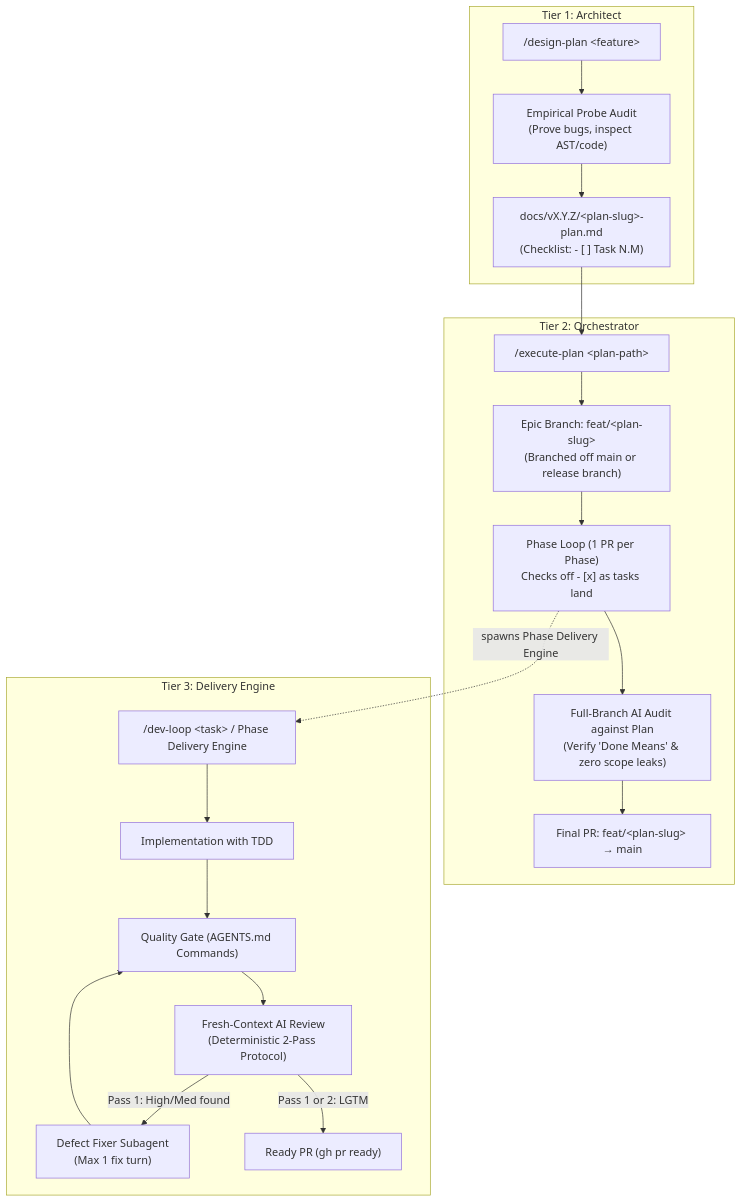
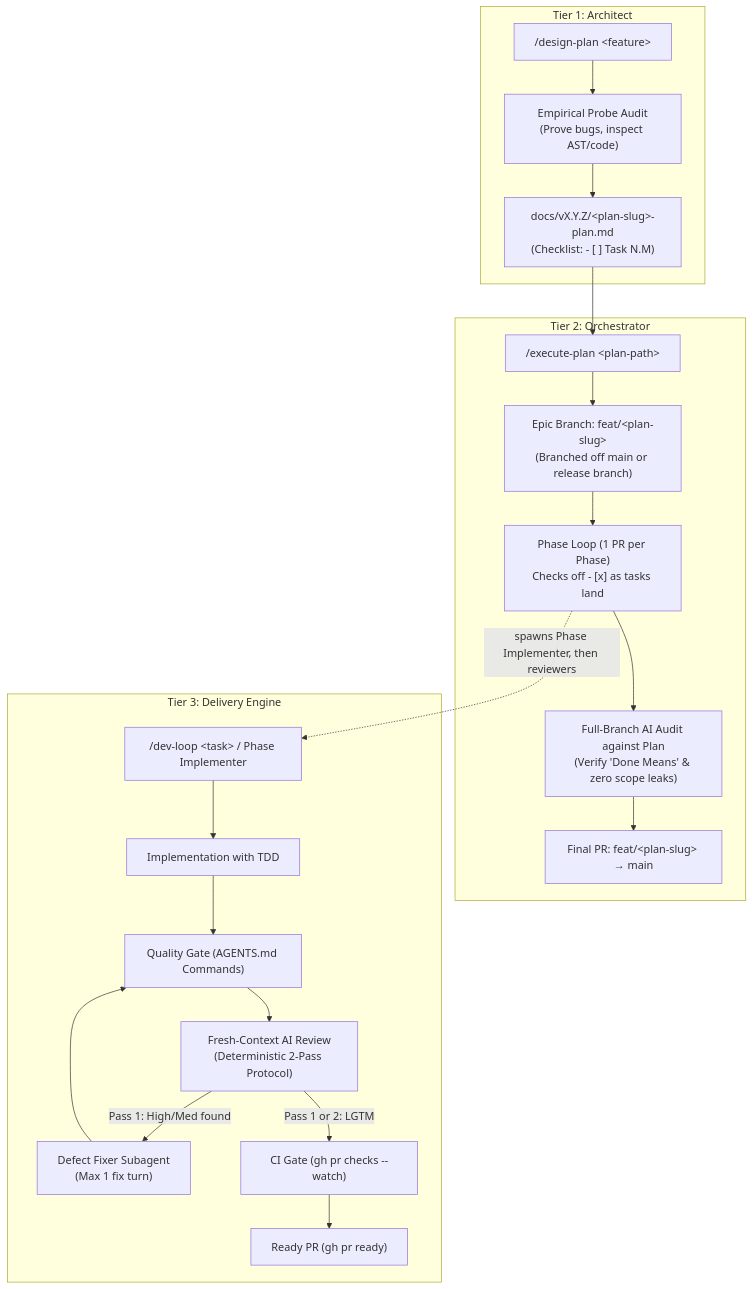
Before and after one commit to seriva/bootstrap: the first of 2 diagrams in docs/agentic-workflows.md, drawn with Mermaid. The commit also changed other lines of this file and 11 other files, not shown here.

````diff
--- a/docs/agentic-workflows.md
+++ b/docs/agentic-workflows.md
@@ -11,37 +11,38 @@
 ```mermaid
 flowchart TD
     subgraph Tier1 ["Tier 1: Architect"]
         DP["/design-plan &lt;feature&gt;"]
         Audit["Empirical Probe Audit\n(Prove bugs, inspect AST/code)"]
         PlanDoc["docs/vX.Y.Z/&lt;plan-slug&gt;-plan.md\n(Checklist: - [ ] Task N.M)"]
         DP --> Audit --> PlanDoc
     end
 
     subgraph Tier2 ["Tier 2: Orchestrator"]
         EP["/execute-plan &lt;plan-path&gt;"]
         PlanBranch["Epic Branch: feat/&lt;plan-slug&gt;\n(Branched off main or release branch)"]
         PhaseLoop["Phase Loop (1 PR per Phase)\nChecks off - [x] as tasks land"]
         FinalAudit["Full-Branch AI Audit against Plan\n(Verify 'Done Means' & zero scope leaks)"]
         FinalPR["Final PR: feat/&lt;plan-slug&gt; &rarr; main"]
         
         PlanDoc --> EP
         EP --> PlanBranch
         PlanBranch --> PhaseLoop
         PhaseLoop --> FinalAudit
         FinalAudit --> FinalPR
     end
 
     subgraph Tier3 ["Tier 3: Delivery Engine"]
-        DL["/dev-loop &lt;task&gt; / Phase Delivery Engine"]
+        DL["/dev-loop &lt;task&gt; / Phase Implementer"]
         TDD["Implementation with TDD"]
         Gate["Quality Gate (AGENTS.md Commands)"]
         Review["Fresh-Context AI Review\n(Deterministic 2-Pass Protocol)"]
         Fix["Defect Fixer Subagent\n(Max 1 fix turn)"]
         PR["Ready PR (gh pr ready)"]
 
-        PhaseLoop -.->|"spawns Phase Delivery Engine"| DL
+        PhaseLoop -.->|"spawns Phase Implementer, then reviewers"| DL
         DL --> TDD --> Gate --> Review
         Review -- "Pass 1: High/Med found" --> Fix --> Gate
-        Review -- "Pass 1 or 2: LGTM" --> PR
+        CI["CI Gate (gh pr checks --watch)"]
+        Review -- "Pass 1 or 2: LGTM" --> CI --> PR
     end
 ```
````
